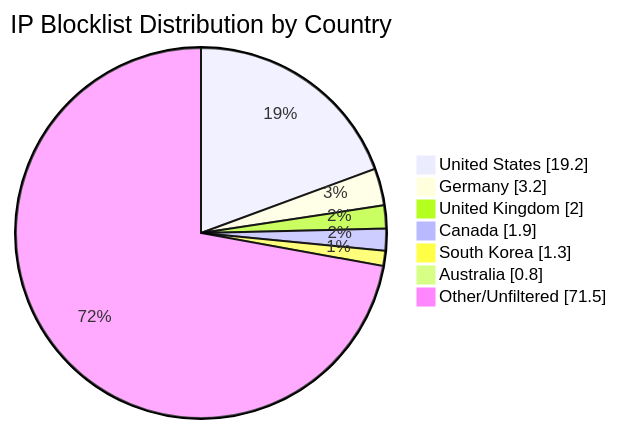
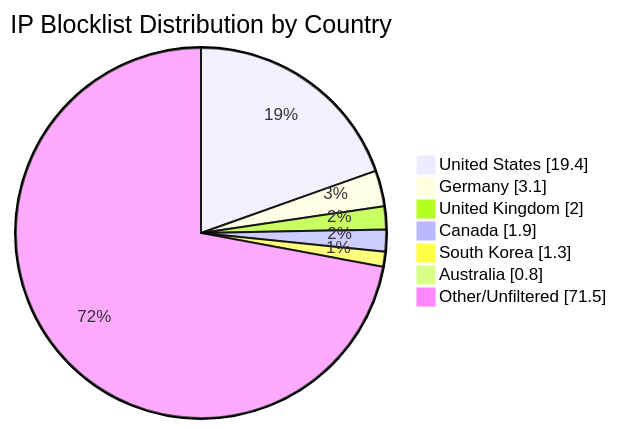
One commit to MarcusHoltz/ipblocklist-geofiltered-aggregator changed the diagram in README.md. Above: the diagram before and after it, drawn with Mermaid. The commit also changed other lines of this file and 9 other files, not shown here.

````diff
--- a/README.md
+++ b/README.md
@@ -34,10 +34,10 @@
 ```mermaid
 pie showData title IP Blocklist Distribution by Country
-"United States" : 19.2
-"Germany" : 3.2
+"United States" : 19.4
+"Germany" : 3.1
 "United Kingdom" : 2.0
 "Canada" : 1.9
 "South Korea" : 1.3
 "Australia" : 0.8
 "Other/Unfiltered" : 71.5
 ```
````
